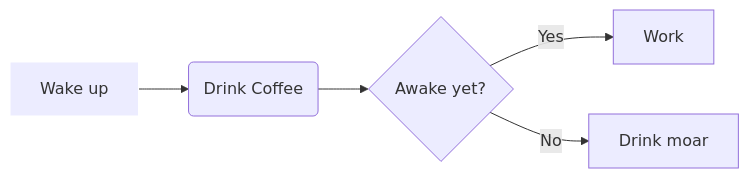
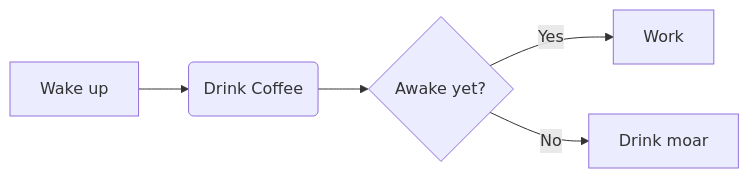
Before and after one commit to purpl3f0xtesting/purpl3f0xtesting.github.io: the first of 2 diagrams in _posts/2019-10-19-test.md, drawn with Mermaid.

```diff
--- a/_posts/2019-10-19-test.md
+++ b/_posts/2019-10-19-test.md
@@ -6,8 +6,8 @@
 <div class="mermaid">
   graph LR
     A[Wake up] --> B(Drink Coffee)
 	B --> C{Awake yet?}
 	C --> |Yes| D[Work]
 	C --> |No| E[Drink moar]
-    style A stroke:#FFFFFF
+    style A arrow:#FFFFFF
 </div>
```
